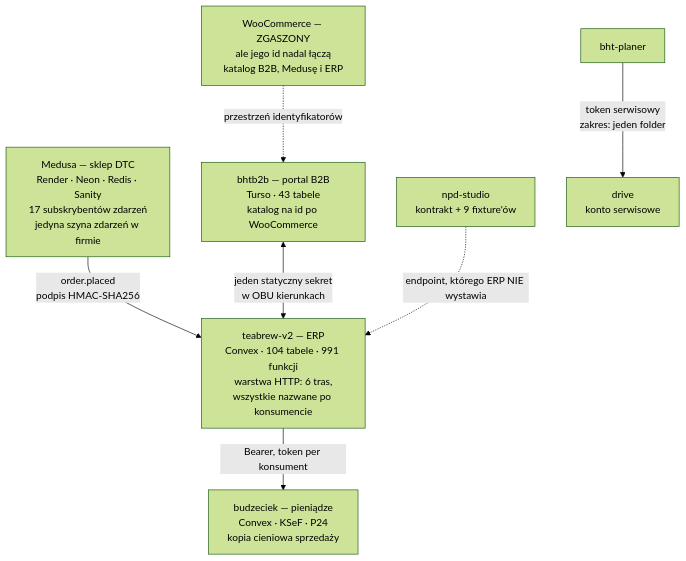
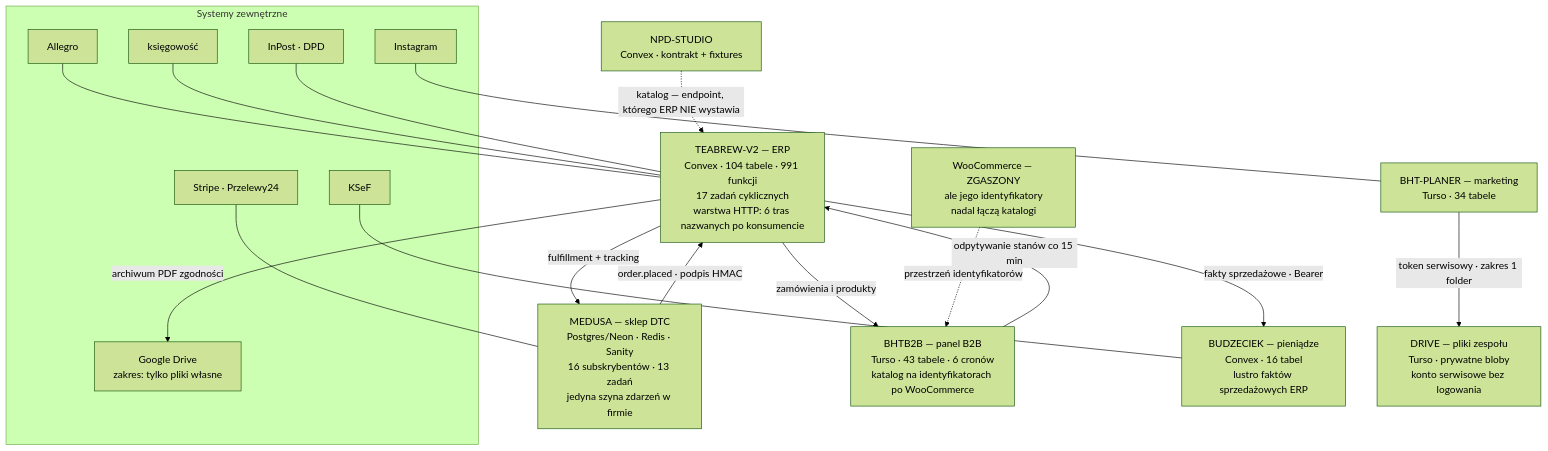
Before and after one commit to bhtea-debug/nudge-chat: the second of 4 diagrams in docs/ARCHITEKTURA-AI-2026.md, drawn with Mermaid (forest theme). The commit also changed other lines of this file, not shown here.

````diff
--- a/docs/ARCHITEKTURA-AI-2026.md
+++ b/docs/ARCHITEKTURA-AI-2026.md
@@ -166,18 +202,38 @@
 ```mermaid
 graph TB
-    MED["Medusa — sklep DTC<br/>Render · Neon · Redis · Sanity<br/>17 subskrybentów zdarzeń<br/>jedyna szyna zdarzeń w firmie"]
-    ERP["teabrew-v2 — ERP<br/>Convex · 104 tabele · 991 funkcji<br/>warstwa HTTP: 6 tras,<br/>wszystkie nazwane po konsumencie"]
-    B2B["bhtb2b — portal B2B<br/>Turso · 43 tabele<br/>katalog na id po WooCommerce"]
-    BUD["budzeciek — pieniądze<br/>Convex · KSeF · P24<br/>kopia cieniowa sprzedaży"]
-    NPD["npd-studio<br/>kontrakt + 9 fixture'ów"]
-    PLAN["bht-planer"]
-    DRV["drive<br/>konto serwisowe"]
-    WOO["WooCommerce — ZGASZONY<br/>ale jego id nadal łączą<br/>katalog B2B, Medusę i ERP"]
+    subgraph ext["Systemy zewnętrzne"]
+        ALG["Allegro"]
+        NEXO["księgowość"]
+        KUR["InPost · DPD"]
+        KSEF["KSeF"]
+        PAY["Stripe · Przelewy24"]
+        GD["Google Drive<br/>zakres: tylko pliki własne"]
+        IG["Instagram"]
+    end
 
-    MED -->|"order.placed<br/>podpis HMAC-SHA256"| ERP
-    B2B <-->|"jeden statyczny sekret<br/>w OBU kierunkach"| ERP
-    ERP -->|"Bearer, token per konsument"| BUD
-    NPD -.->|"endpoint, którego ERP NIE wystawia"| ERP
-    PLAN -->|"token serwisowy<br/>zakres: jeden folder"| DRV
+    SHOP["MEDUSA — sklep DTC<br/>Postgres/Neon · Redis · Sanity<br/>16 subskrybentów · 13 zadań<br/>jedyna szyna zdarzeń w firmie"]
+    ERP["TEABREW-V2 — ERP<br/>Convex · 104 tabele · 991 funkcji<br/>17 zadań cyklicznych<br/>warstwa HTTP: 6 tras nazwanych po konsumencie"]
+    B2B["BHTB2B — panel B2B<br/>Turso · 43 tabele · 6 cronów<br/>katalog na identyfikatorach po WooCommerce"]
+    BUD["BUDZECIEK — pieniądze<br/>Convex · 16 tabel<br/>lustro faktów sprzedażowych ERP"]
+    PLAN["BHT-PLANER — marketing<br/>Turso · 34 tabele"]
+    DRV["DRIVE — pliki zespołu<br/>Turso · prywatne bloby<br/>konto serwisowe bez logowania"]
+    NPD["NPD-STUDIO<br/>Convex · kontrakt + fixtures"]
+    WOO["WooCommerce — ZGASZONY<br/>ale jego identyfikatory<br/>nadal łączą katalogi"]
+
+    SHOP -->|"order.placed · podpis HMAC"| ERP
+    ERP -->|"fulfillment + tracking"| SHOP
+    B2B -->|"odpytywanie stanów co 15 min"| ERP
+    ERP -->|"zamówienia i produkty"| B2B
+    ERP -->|"fakty sprzedażowe · Bearer"| BUD
+    NPD -.->|"katalog — endpoint, którego ERP NIE wystawia"| ERP
+    PLAN -->|"token serwisowy · zakres 1 folder"| DRV
+    ERP -->|"archiwum PDF zgodności"| GD
     WOO -.->|"przestrzeń identyfikatorów"| B2B
+
+    ALG --- ERP
+    NEXO --- ERP
+    KUR --- ERP
+    KSEF --- BUD
+    PAY --- SHOP
+    IG --- PLAN
 ```
````
